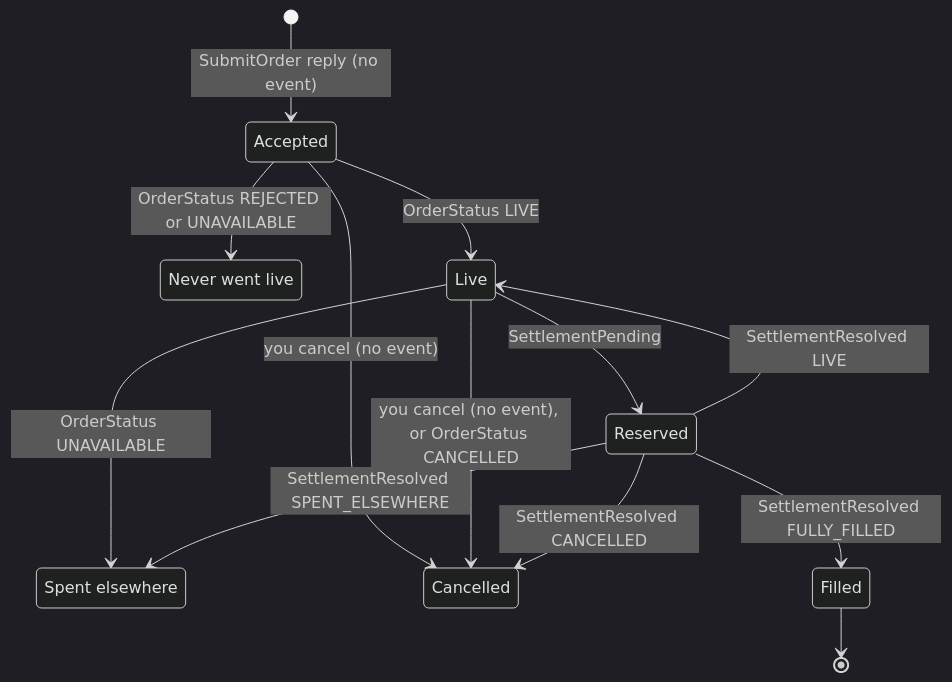
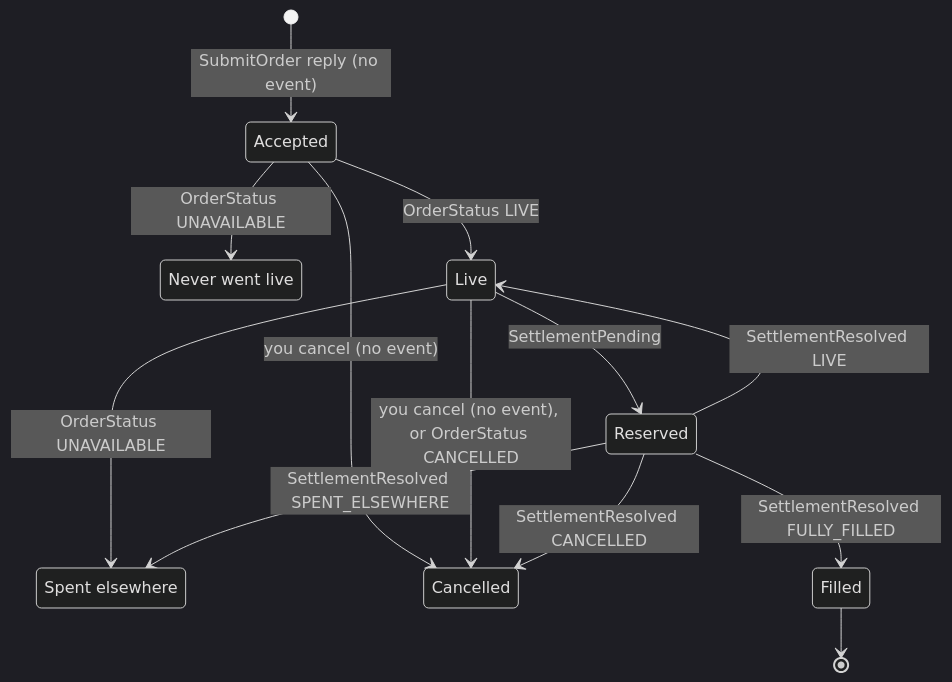
Before and after one commit to inicio-labs/solver: the third of 12 diagrams in docs/market-maker-guide.md, drawn with Mermaid (dark theme). The commit also changed other lines of this file and 15 other files, not shown here.

````diff
--- a/docs/market-maker-guide.md
+++ b/docs/market-maker-guide.md
@@ -589,17 +589,17 @@
 ```mermaid
 stateDiagram-v2
     state "Never went live" as NeverLive
     state "Spent elsewhere" as SpentElsewhere
     [*] --> Accepted: SubmitOrder reply (no event)
     Accepted --> Live: OrderStatus LIVE
-    Accepted --> NeverLive: OrderStatus REJECTED or UNAVAILABLE
+    Accepted --> NeverLive: OrderStatus UNAVAILABLE
     Accepted --> Cancelled: you cancel (no event)
     Live --> Reserved: SettlementPending
     Live --> SpentElsewhere: OrderStatus UNAVAILABLE
     Live --> Cancelled: you cancel (no event), or OrderStatus CANCELLED
     Reserved --> Filled: SettlementResolved FULLY_FILLED
     Reserved --> Live: SettlementResolved LIVE
     Reserved --> Cancelled: SettlementResolved CANCELLED
     Reserved --> SpentElsewhere: SettlementResolved SPENT_ELSEWHERE
     Filled --> [*]
 ```
````
